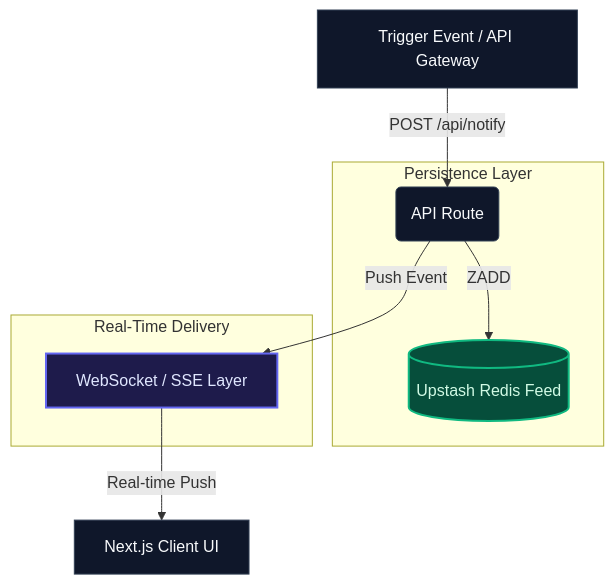
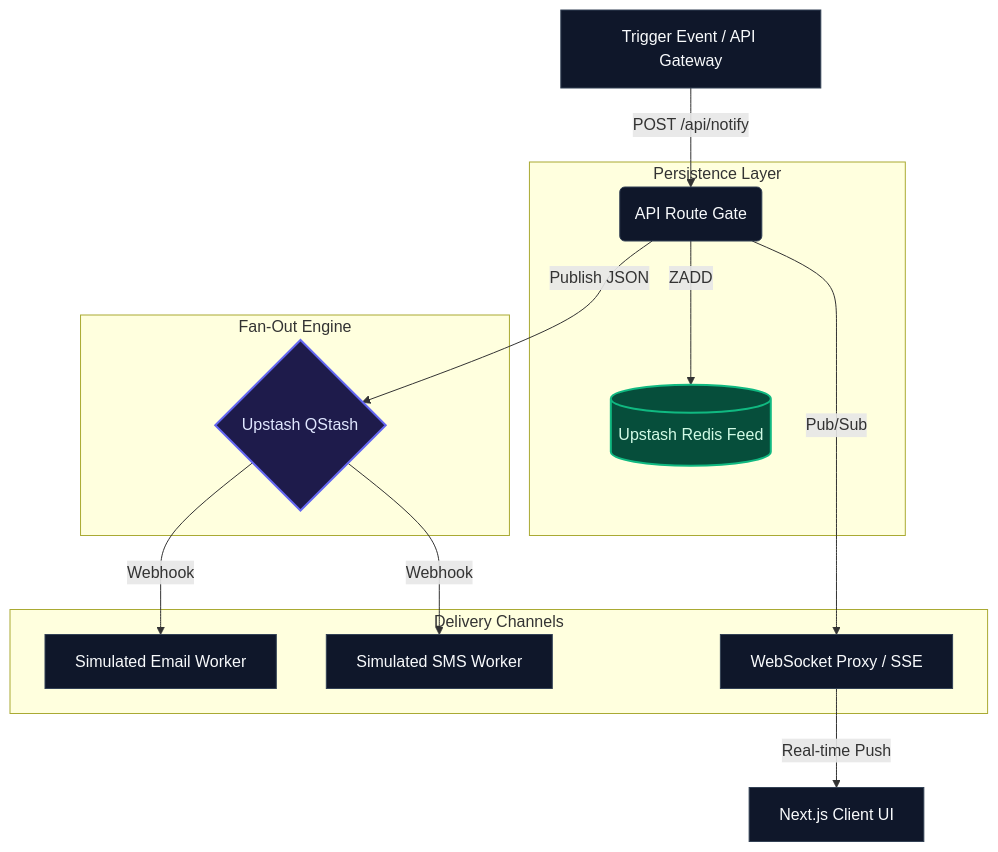
Before and after one commit to ysumit99/next-realtime-notifications: the diagram in README.md, drawn with Mermaid. The commit also changed other lines of this file, not shown here.

Commit message:
docs: enhance README with detailed architecture overview and system patterns

````diff
--- a/README.md
+++ b/README.md
@@ -23,21 +25,27 @@
 ```mermaid
 flowchart TD
-    Client[Trigger Event / API Gateway] -->|POST /api/notify| Gateway(API Route)
+    Client[Trigger Event / API Gateway] -->|POST /api/notify| Gateway(API Route Gate)
 
     subgraph Persistence Layer
         Gateway -->|ZADD| Redis[(Upstash Redis Feed)]
     end
 
-    subgraph Real-Time Delivery
-        Gateway -->|Push Event| WSProxy[WebSocket / SSE Layer]
+    subgraph Fan-Out Engine
+        Gateway -->|Publish JSON| QStash{Upstash QStash}
+    end
+
+    subgraph Delivery Channels
+        QStash -->|Webhook| WorkerEmail[Simulated Email Worker]
+        QStash -->|Webhook| WorkerSMS[Simulated SMS Worker]
+        Gateway -->|Pub/Sub| WSProxy[WebSocket Proxy / SSE]
     end
 
     WSProxy -->|Real-time Push| UI[Next.js Client UI]
 
     classDef default fill:#0f172a,stroke:#334155,stroke-width:1px,color:#f8fafc;
     classDef engine fill:#1e1b4b,stroke:#6366f1,stroke-width:2px,color:#e0e7ff;
     classDef storage fill:#064e3b,stroke:#10b981,stroke-width:2px,color:#d1fae5;
 
-    class WSProxy engine;
+    class QStash engine;
     class Redis storage;
 ```
````
